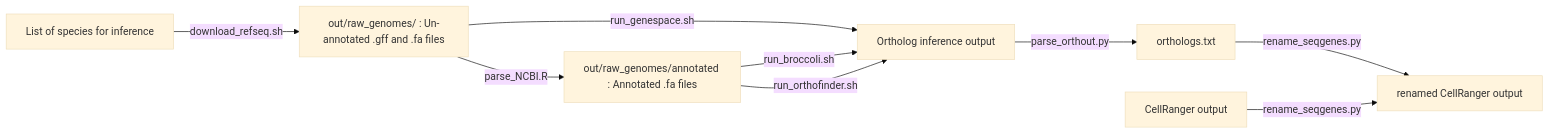
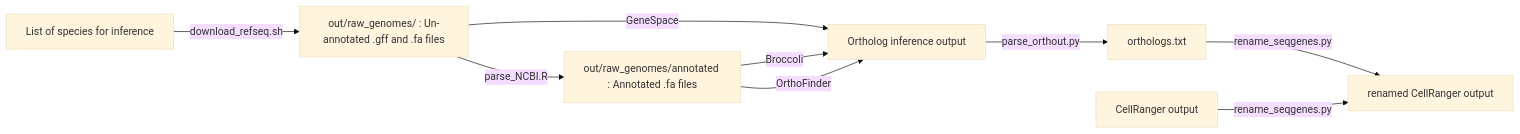
The diagram in README.md (clararehmann/creskOrtho), drawn with Mermaid (base theme) before and after one commit. The commit also changed other lines of this file, not shown here.

````diff
--- a/README.md
+++ b/README.md
@@ -3,10 +3,10 @@
 ```mermaid
 graph LR
 A[List of species for inference]  --download_refseq.sh -->  B[out/raw_genomes/ : Un-annotated .gff and .fa files]
-B  -- run_genespace.sh --> C[Ortholog inference output]
+B  -- GeneSpace --> C[Ortholog inference output]
 B  -- parse_NCBI.R --> D[out/raw_genomes/annotated : Annotated .fa files]
-D  -- run_broccoli.sh --> C[Ortholog inference output]
-D  -- run_orthofinder.sh --> C[Ortholog inference output]
+D  -- Broccoli --> C[Ortholog inference output]
+D  -- OrthoFinder --> C[Ortholog inference output]
 C  -- parse_orthout.py --> E[orthologs.txt]
 E  &  G[CellRanger output]-- rename_seqgenes.py --> F[renamed CellRanger output]
 ```
````
